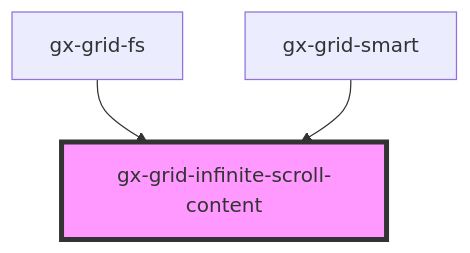
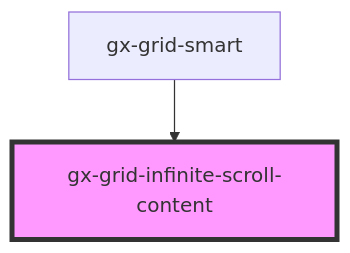
The diagram in src/components/grid-infinite-scroll-content/readme.md (genexuslabs/web-controls-library), drawn with Mermaid before and after one commit. The commit also changed other lines of this file and 13 other files, not shown here.

Commit message:
Grid needed changes for Virtual Scroll.

````diff
--- a/src/components/grid-infinite-scroll-content/readme.md
+++ b/src/components/grid-infinite-scroll-content/readme.md
@@ -17,6 +16,5 @@
 ```mermaid
 graph TD;
-  gx-grid-fs --> gx-grid-infinite-scroll-content
   gx-grid-smart --> gx-grid-infinite-scroll-content
   style gx-grid-infinite-scroll-content fill:#f9f,stroke:#333,stroke-width:4px
 ```
````
